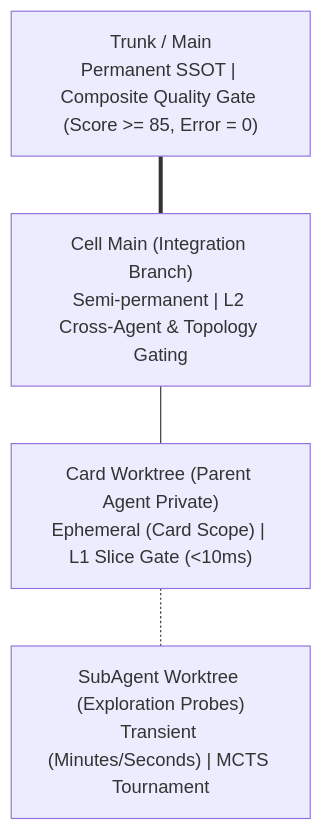
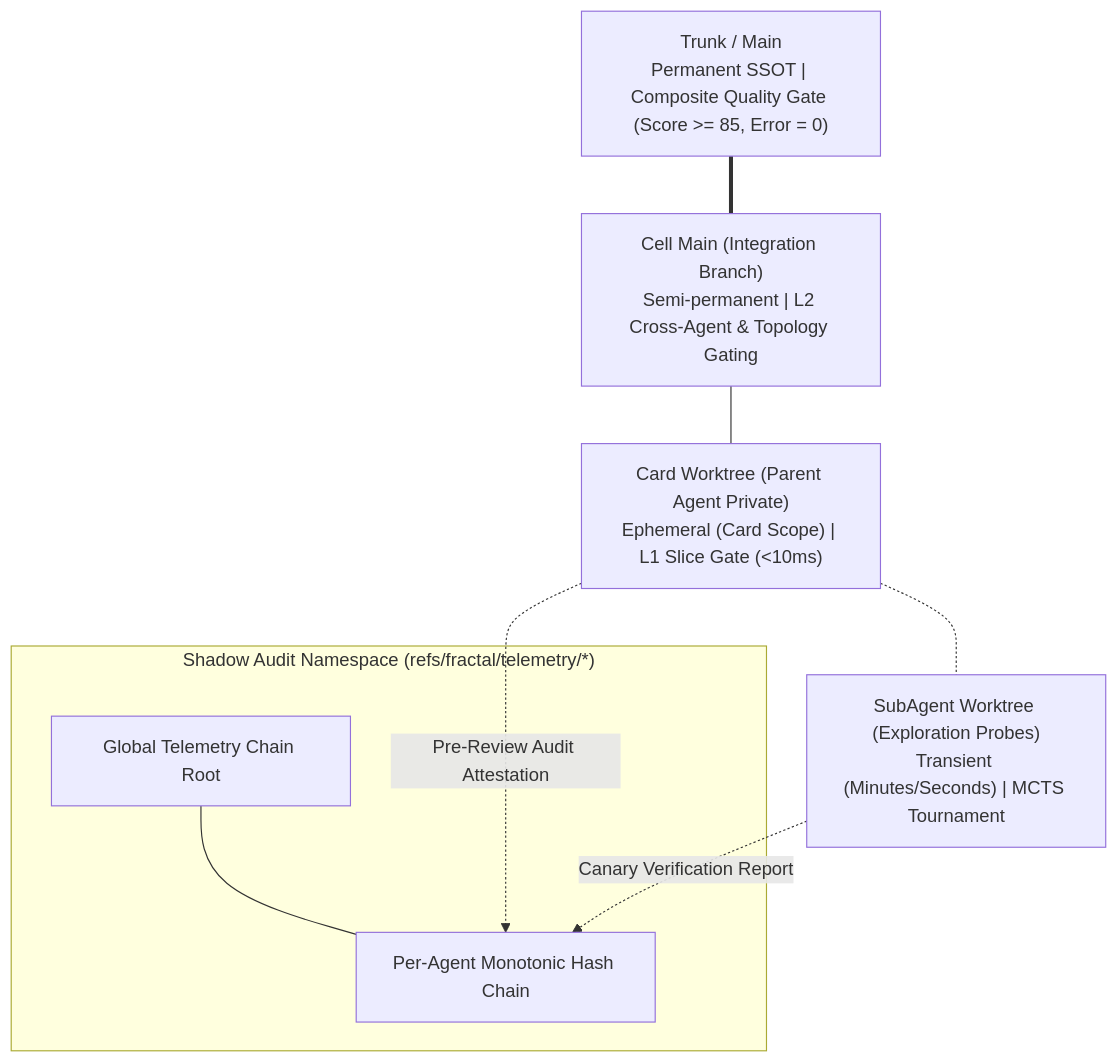
One commit to guilingzhouyi-creator/vscode-extensions changed the first of 3 diagrams in fractal-git/docs/ARCHITECTURE.md. Above: the diagram before and after it, drawn with Mermaid. The commit also changed other lines of this file and 84 other files, not shown here.

````diff
--- a/fractal-git/docs/ARCHITECTURE.md
+++ b/fractal-git/docs/ARCHITECTURE.md
@@ -12,11 +14,20 @@
 ```mermaid
 flowchart TD
   TRUNK["Trunk / Main<br/>Permanent SSOT | Composite Quality Gate (Score >= 85, Error = 0)"]
   CELL_MAIN["Cell Main (Integration Branch)<br/>Semi-permanent | L2 Cross-Agent & Topology Gating"]
   CARD_WT["Card Worktree (Parent Agent Private)<br/>Ephemeral (Card Scope) | L1 Slice Gate (<10ms)"]
   SUB_WT["SubAgent Worktree (Exploration Probes)<br/>Transient (Minutes/Seconds) | MCTS Tournament"]
 
   TRUNK === CELL_MAIN
   CELL_MAIN --- CARD_WT
   CARD_WT -.- SUB_WT
+
+  subgraph TELEMETRY_CHAIN["Shadow Audit Namespace (refs/fractal/telemetry/*)"]
+    AUDIT_ROOT["Global Telemetry Chain Root"]
+    AGENT_CHAIN["Per-Agent Monotonic Hash Chain"]
+    AUDIT_ROOT --- AGENT_CHAIN
+  end
+
+  CARD_WT -.->|"Pre-Review Audit Attestation"| AGENT_CHAIN
+  SUB_WT -.->|"Canary Verification Report"| AGENT_CHAIN
 ```
````
